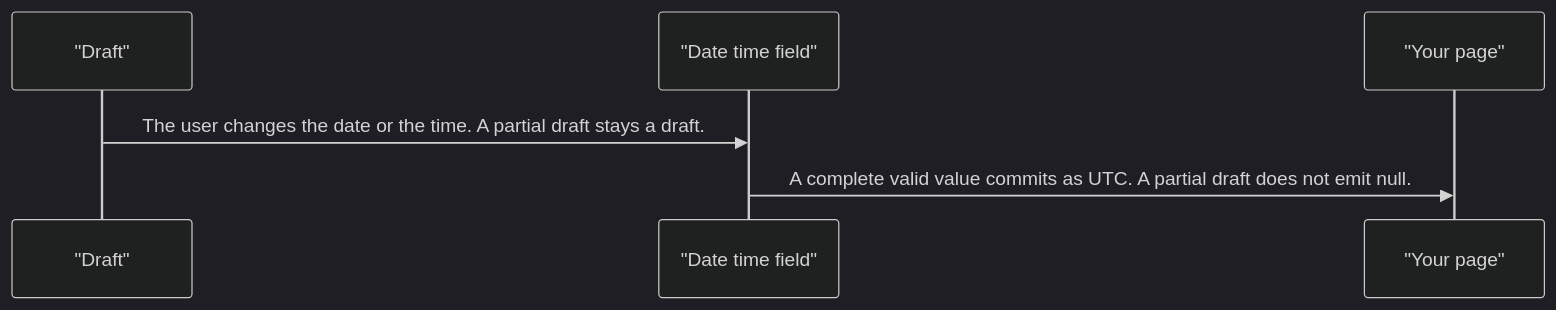
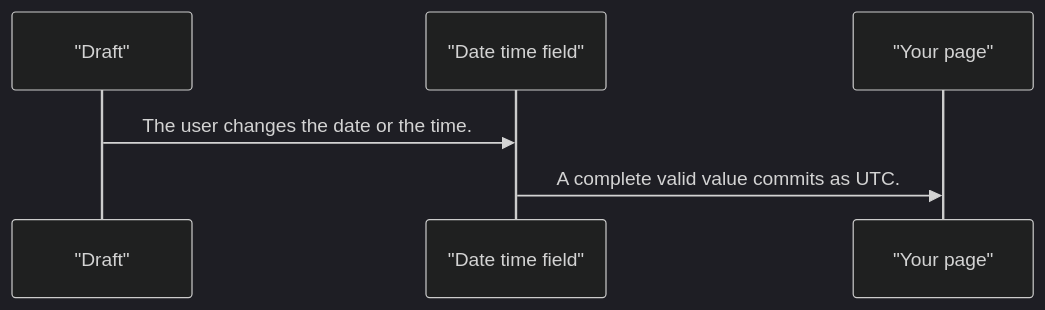
Before and after one commit to RajshekharBorate/pixel-ui: the third of 3 diagrams in projects/pixel-ui/src/lib/pixel-datetime-picker/DESIGN.md, drawn with Mermaid (dark theme). The commit also changed other lines of this file and 80 other files, not shown here.

Commit message:
Fill missing design flows and correct the stories that did not match component behavior.

````diff
--- a/projects/pixel-ui/src/lib/pixel-datetime-picker/DESIGN.md
+++ b/projects/pixel-ui/src/lib/pixel-datetime-picker/DESIGN.md
@@ -59,8 +59,8 @@
 ```mermaid
 sequenceDiagram
   participant draft as "Draft"
   participant field as "Date time field"
   participant page as "Your page"
-  draft->>field: The user changes the date or the time. A partial draft stays a draft.
-  field->>page: A complete valid value commits as UTC. A partial draft does not emit null.
+  draft->>field: The user changes the date or the time.
+  field->>page: A complete valid value commits as UTC.
 ```
````
